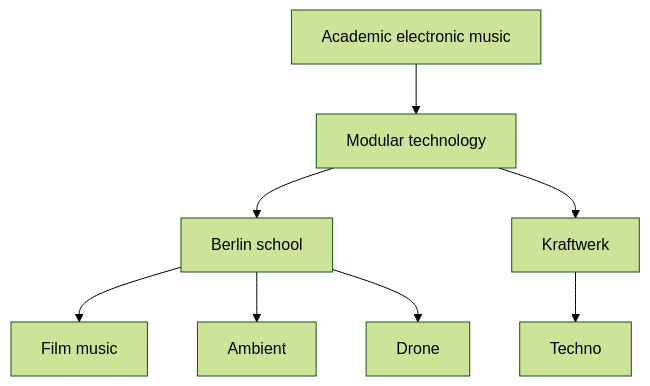
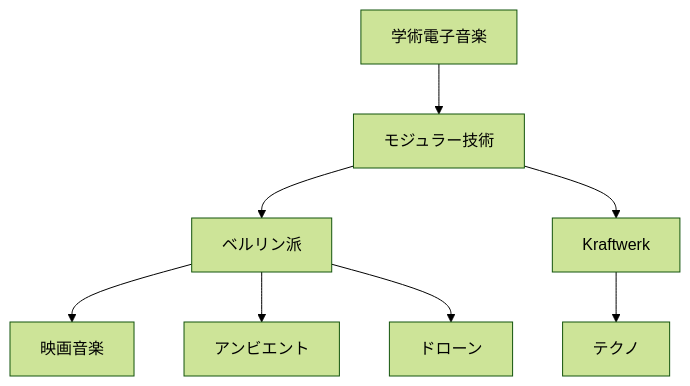
One commit to monumental-movement/monumental-movement.github.io changed the diagram in en/_posts/2025-12-17-column-progressive-electronic-berlin-school.md. Above: the diagram before and after it, drawn with Mermaid (forest theme). The commit also changed other lines of this file and 2196 other files, not shown here.

```diff
--- a/en/_posts/2025-12-17-column-progressive-electronic-berlin-school.md
+++ b/en/_posts/2025-12-17-column-progressive-electronic-berlin-school.md
@@ -194,10 +194,10 @@
 <div class="mermaid">
 flowchart TD
-A["Academic electronic music"] --> B["Modular technology"]
-B --> C["Berlin school"]
-C --> D["Film music"]
-C --> E["Ambient"]
-C --> F["Drone"]
+A["学術電子音楽"] --> B["モジュラー技術"]
+B --> C["ベルリン派"]
+C --> D["映画音楽"]
+C --> E["アンビエント"]
+C --> F["ドローン"]
 B --> G["Kraftwerk"]
-G --> H["Techno"]
+G --> H["テクノ"]
 </div>
```
